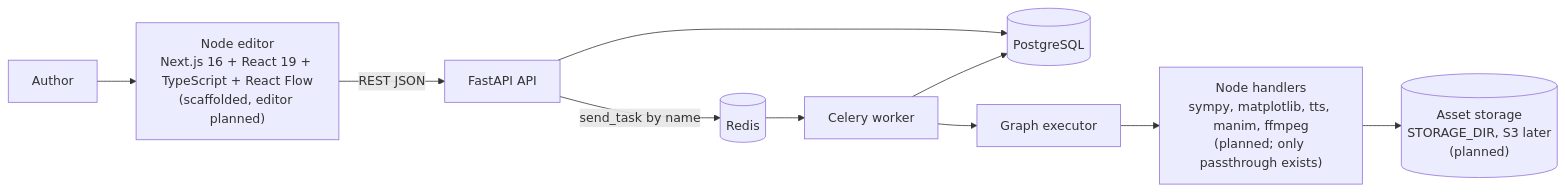
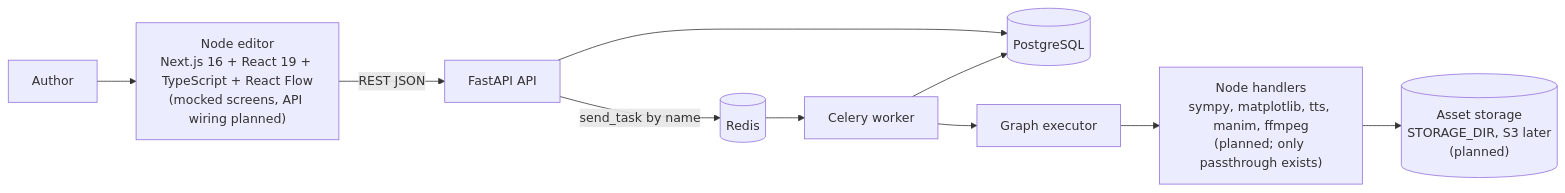
One commit to acidbutter96/derivaai changed the first of 4 diagrams in docs/architecture.md. Above: the diagram before and after it, drawn with Mermaid. The commit also changed other lines of this file and 3 other files, not shown here.

````diff
--- a/docs/architecture.md
+++ b/docs/architecture.md
@@ -5,12 +5,12 @@
 ```mermaid
 flowchart LR
-    U[Author] --> FE["Node editor<br/>Next.js 16 + React 19 + TypeScript + React Flow<br/>(scaffolded, editor planned)"]
+    U[Author] --> FE["Node editor<br/>Next.js 16 + React 19 + TypeScript + React Flow<br/>(mocked screens, API wiring planned)"]
     FE -->|REST JSON| API[FastAPI API]
     API --> DB[(PostgreSQL)]
     API -->|send_task by name| RQ[(Redis)]
     RQ --> W[Celery worker]
     W --> DB
     W --> EX[Graph executor]
     EX --> H["Node handlers<br/>sympy, matplotlib, tts, manim, ffmpeg<br/>(planned; only passthrough exists)"]
     H --> ST[("Asset storage<br/>STORAGE_DIR, S3 later<br/>(planned)")]
 ```
````
